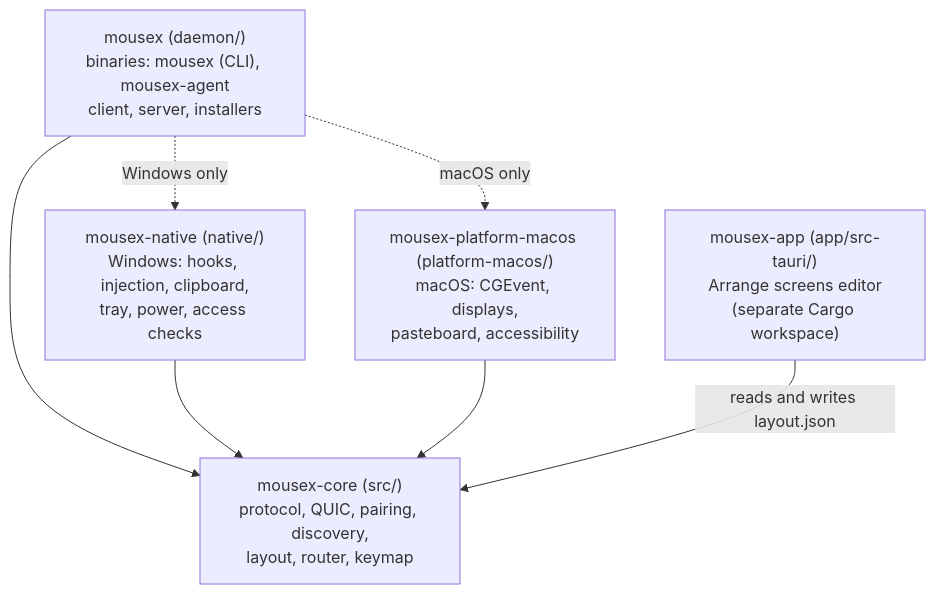
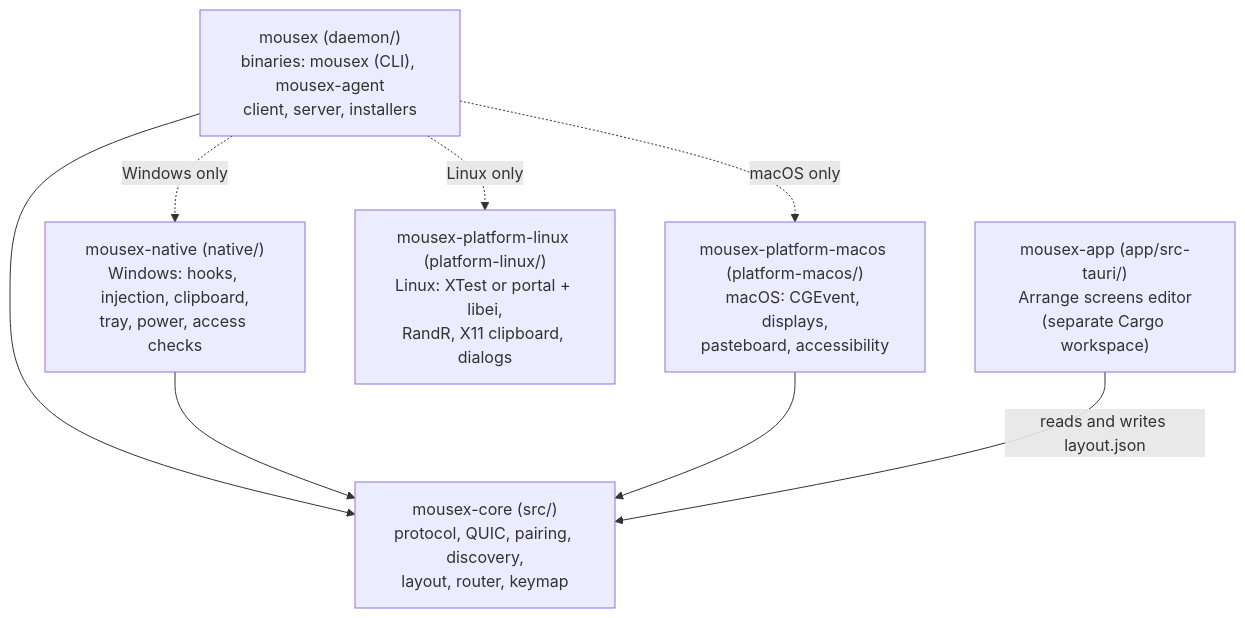
Before and after one commit to actus7/mousex: the first of 5 diagrams in docs/ARCHITECTURE.md, drawn with Mermaid. The commit also changed other lines of this file and 28 other files, not shown here.

First line of the commit message:
feat: Linux como cliente (X11 por XTest, Wayland pelo portal RemoteDesktop + libei)

````diff
--- a/docs/ARCHITECTURE.md
+++ b/docs/ARCHITECTURE.md
@@ -7,15 +7,17 @@
 ```mermaid
 flowchart TB
     core["mousex-core (src/)<br/>protocol, QUIC, pairing, discovery,<br/>layout, router, keymap"]
     native["mousex-native (native/)<br/>Windows: hooks, injection, clipboard,<br/>tray, power, access checks"]
     macos["mousex-platform-macos (platform-macos/)<br/>macOS: CGEvent, displays,<br/>pasteboard, accessibility"]
+    linux["mousex-platform-linux (platform-linux/)<br/>Linux: XTest or portal + libei,<br/>RandR, X11 clipboard, dialogs"]
     daemon["mousex (daemon/)<br/>binaries: mousex (CLI), mousex-agent<br/>client, server, installers"]
     app["mousex-app (app/src-tauri/)<br/>Arrange screens editor<br/>(separate Cargo workspace)"]
 
     daemon --> core
     daemon -. "Windows only" .-> native
     daemon -. "macOS only" .-> macos
+    daemon -. "Linux only" .-> linux
     native --> core
     macos --> core
     app -- "reads and writes layout.json" --> core
 ```
````
